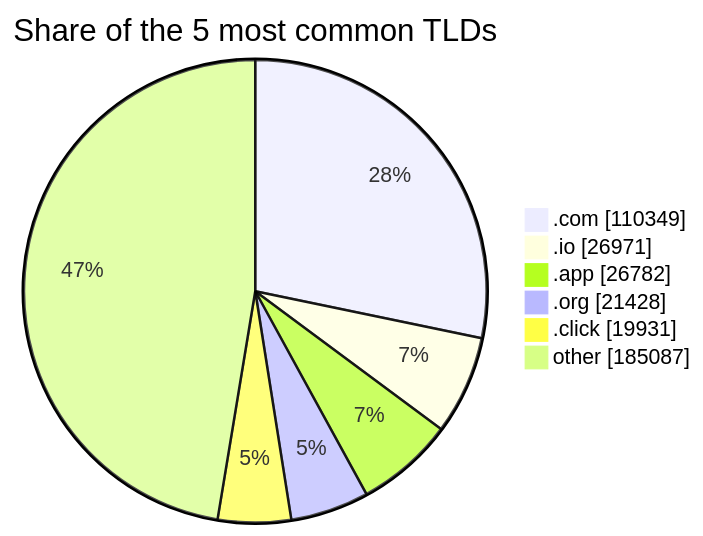
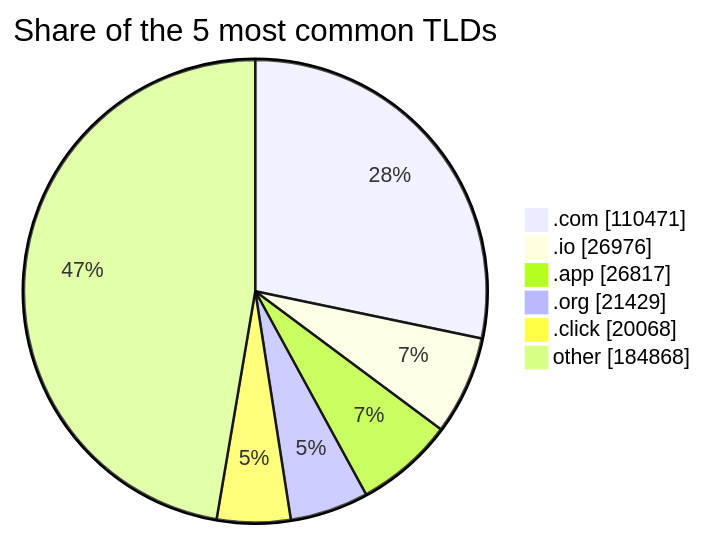
Before and after one commit to DNSBunker/CTI: the third of 3 diagrams in README.md, drawn with Mermaid. The commit also changed other lines of this file and 3 other files, not shown here.

````diff
--- a/README.md
+++ b/README.md
@@ -81,9 +81,9 @@
 ```mermaid
 pie showData title Share of the 5 most common TLDs
-    ".com" : 110349
-    ".io" : 26971
-    ".app" : 26782
-    ".org" : 21428
-    ".click" : 19931
-    "other" : 185087
+    ".com" : 110471
+    ".io" : 26976
+    ".app" : 26817
+    ".org" : 21429
+    ".click" : 20068
+    "other" : 184868
 ```
````
